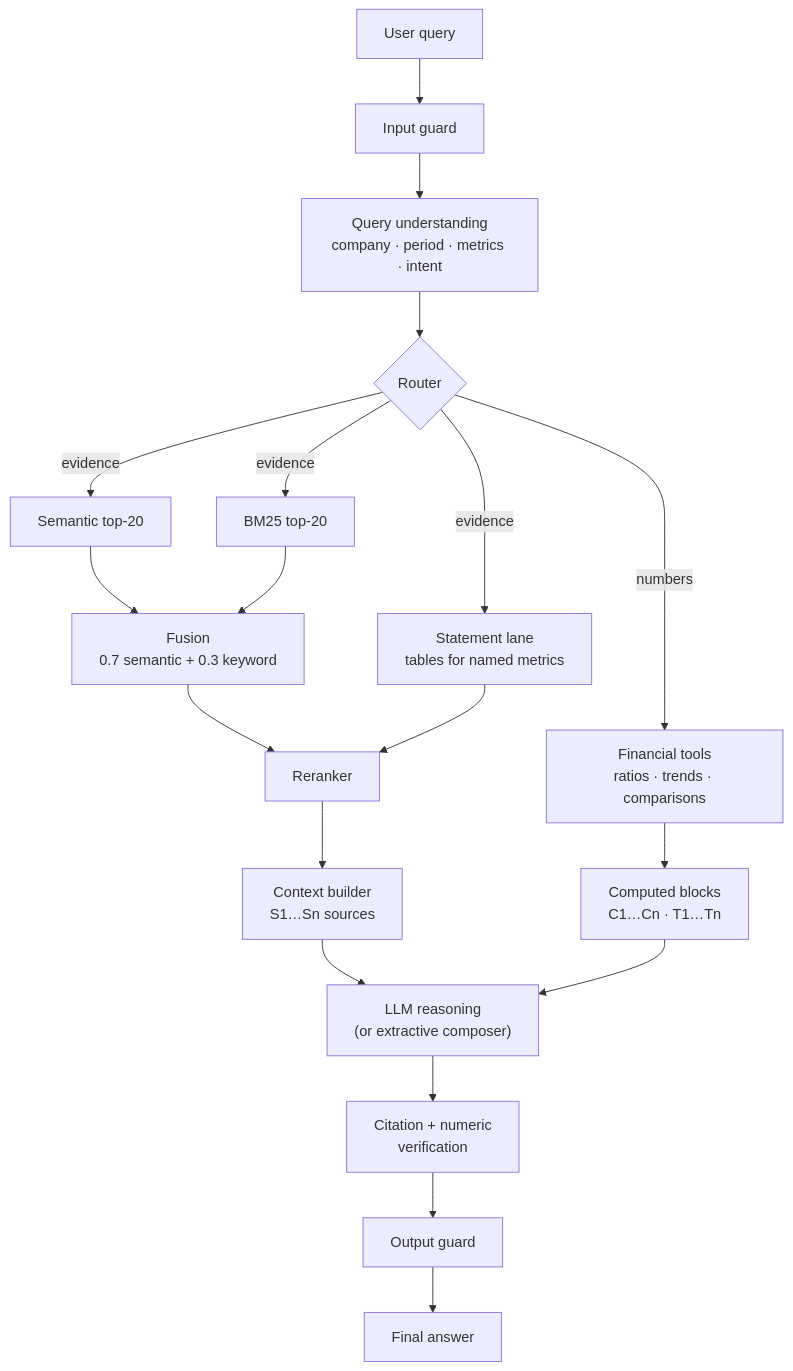
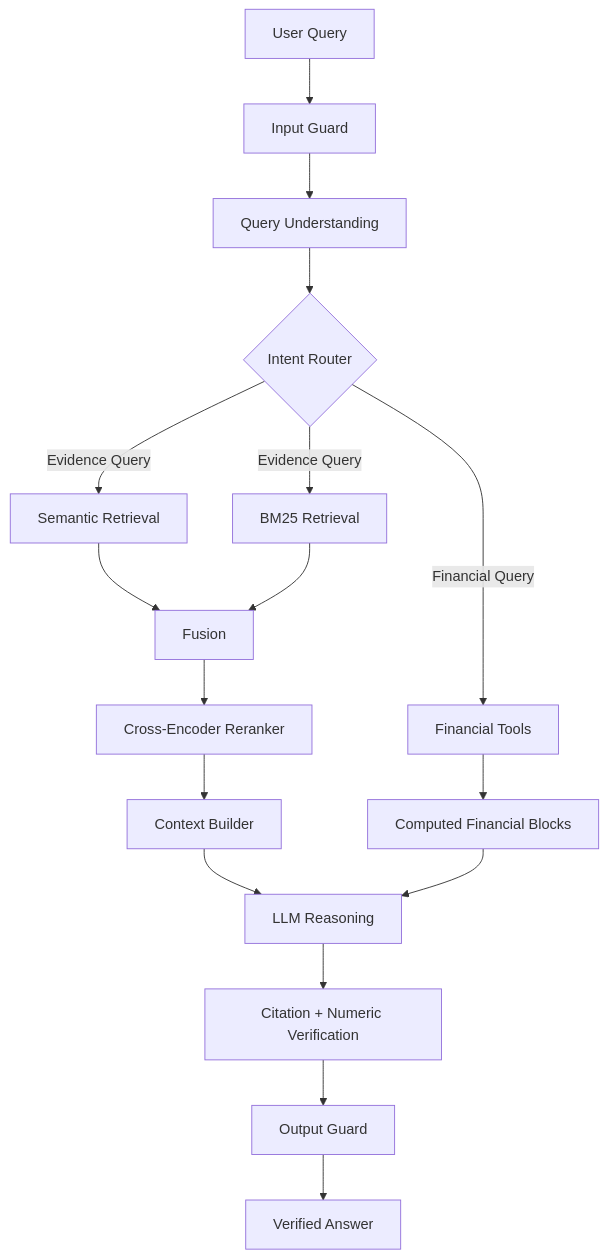
One commit to Niladri962/FinResearch-AI changed the third of 5 diagrams in README.md. Above: the diagram before and after it, drawn with Mermaid. The commit also changed other lines of this file, not shown here.

````diff
--- a/README.md
+++ b/README.md
@@ -98,10 +437,32 @@
 ```mermaid
 flowchart TD
-    Q[User query] --> G1["Input guard"] --> U["Query understanding<br/>company · period · metrics · intent"] --> R{Router}
-    R -->|evidence| S["Semantic top-20"] & K["BM25 top-20"] & T["Statement lane<br/>tables for named metrics"]
-    R -->|numbers| C["Financial tools<br/>ratios · trends · comparisons"]
-    S & K --> F["Fusion<br/>0.7 semantic + 0.3 keyword"]
-    F & T --> RR[Reranker] --> CB["Context builder<br/>S1…Sn sources"]
-    C --> CB2["Computed blocks<br/>C1…Cn · T1…Tn"]
-    CB & CB2 --> L["LLM reasoning<br/>(or extractive composer)"] --> V["Citation + numeric<br/>verification"] --> O["Output guard"] --> A[Final answer]
+
+    Q[User Query]
+        --> G["Input Guard"]
+
+    G --> U["Query Understanding"]
+
+    U --> R{Intent Router}
+
+    R -->|Evidence Query| S["Semantic Retrieval"]
+    R -->|Evidence Query| K["BM25 Retrieval"]
+    R -->|Financial Query| F["Financial Tools"]
+
+    S --> FU["Fusion"]
+    K --> FU
+
+    FU --> RR["Cross-Encoder Reranker"]
+
+    RR --> CB["Context Builder"]
+
+    F --> CALC["Computed Financial Blocks"]
+
+    CB --> LLM["LLM Reasoning"]
+    CALC --> LLM
+
+    LLM --> V["Citation + Numeric Verification"]
+
+    V --> O["Output Guard"]
+
+    O --> FINAL["Verified Answer"]
 ```
````
